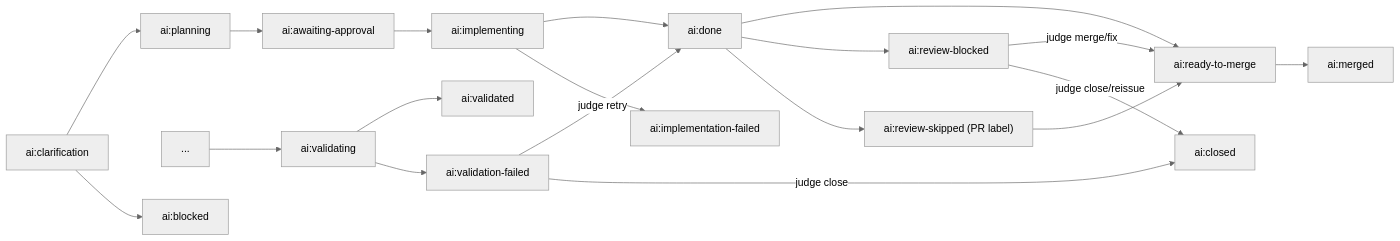
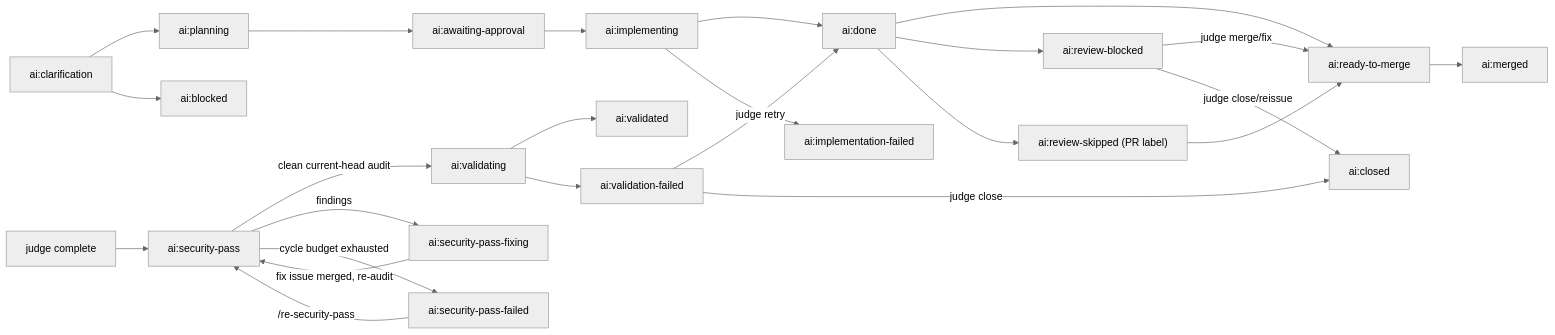
The diagram in docs/how-it-works.md (shubhodeep1/coding-workflows), drawn with Mermaid (neutral theme) before and after one commit. The commit also changed other lines of this file, not shown here.

Commit message:
docs(how-it-works): add the security-pass gate states and /re-security-pass — verify-activation finding docs/how-it-works.md:9
The lifecycle doc's label state machine and command vocabulary still
described the pre-gate flow: no ai:security-pass, ai:security-pass-fixing,
or ai:security-pass-failed states and no /re-security-pass command, even
though the gate is default-on and every completion route passes through
it. Add the states to the mermaid and ASCII diagrams and the command to
the vocabulary table with its dedupe marker.

Refs #3933

Claude-Session: https://claude.ai/code/session_01HtncDT2aMCwH9qboTP8582

````diff
--- a/docs/how-it-works.md
+++ b/docs/how-it-works.md
@@ -13,25 +13,31 @@
 ```mermaid
 flowchart LR
   clarification["ai:clarification"] --> planning["ai:planning"]
   planning --> awaiting["ai:awaiting-approval"]
   awaiting --> implementing["ai:implementing"]
   implementing --> done["ai:done"]
   done --> ready["ai:ready-to-merge"]
   ready --> merged["ai:merged"]
 
-  validation_entry["..."] --> validating["ai:validating"]
+  security_entry["judge complete"] --> security_pass["ai:security-pass"]
+  security_pass -->|clean current-head audit| validating["ai:validating"]
+  security_pass -->|findings| security_pass_fixing["ai:security-pass-fixing"]
+  security_pass_fixing -->|fix issue merged, re-audit| security_pass
+  security_pass -->|cycle budget exhausted| security_pass_failed["ai:security-pass-failed"]
+  security_pass_failed -->|/re-security-pass| security_pass
+
   validating --> validated["ai:validated"]
   validating --> validation_failed["ai:validation-failed"]
   validation_failed -->|judge retry| done
   validation_failed -->|judge close| closed["ai:closed"]
 
   clarification --> blocked["ai:blocked"]
   implementing --> implementation_failed["ai:implementation-failed"]
 
   done --> review_blocked["ai:review-blocked"]
   review_blocked -->|judge merge/fix| ready
   review_blocked -->|judge close/reissue| closed
 
   done --> review_skipped["ai:review-skipped (PR label)"]
   review_skipped --> ready
 ```
````
